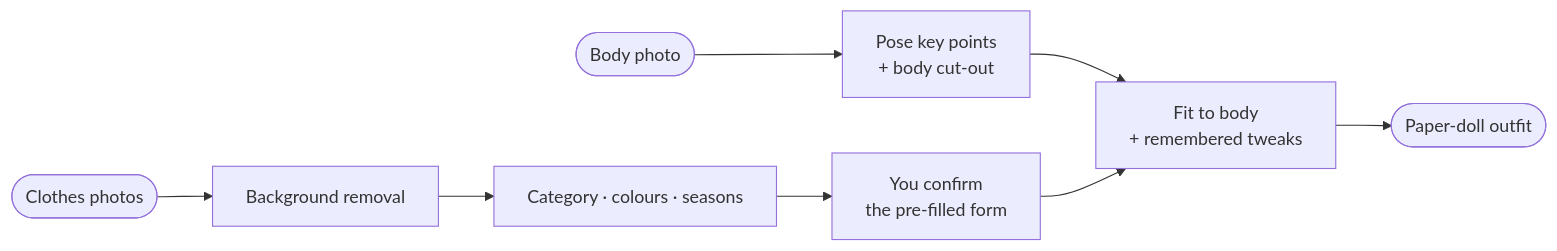
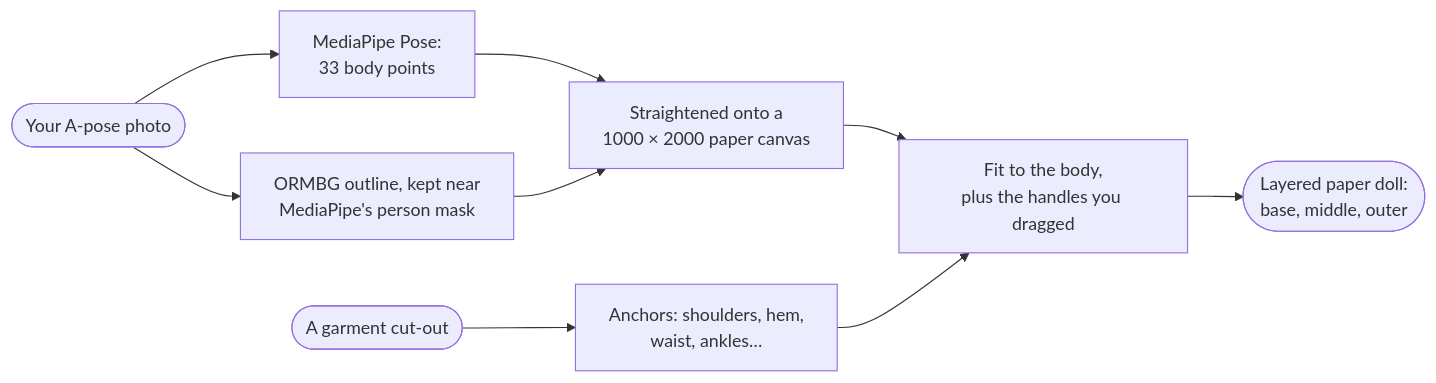
Before and after one commit to Nik-Kras/iMannequin: the second of 3 diagrams in README.md, drawn with Mermaid. The commit also changed other lines of this file and 19 other files, not shown here.

````diff
--- a/README.md
+++ b/README.md
@@ -68,9 +89,9 @@
 ```mermaid
 flowchart LR
-    body([Body photo]) --> pose[Pose key points<br/>+ body cut-out]
-    clothes([Clothes photos]) --> cut[Background removal]
-    cut --> classify[Category · colours · seasons]
-    classify --> form[You confirm<br/>the pre-filled form]
-    pose & form --> fit[Fit to body<br/>+ remembered tweaks]
-    fit --> doll([Paper-doll outfit])
+    body(["Your A-pose photo"]) --> pose["MediaPipe Pose:<br/>33 body points"]
+    body --> outline["ORMBG outline, kept near<br/>MediaPipe's person mask"]
+    pose & outline --> canon["Straightened onto a<br/>1000 × 2000 paper canvas"]
+    garment(["A garment cut-out"]) --> anchors["Anchors: shoulders, hem,<br/>waist, ankles…"]
+    canon & anchors --> fit["Fit to the body,<br/>plus the handles you dragged"]
+    fit --> doll(["Layered paper doll:<br/>base, middle, outer"])
 ```
````
